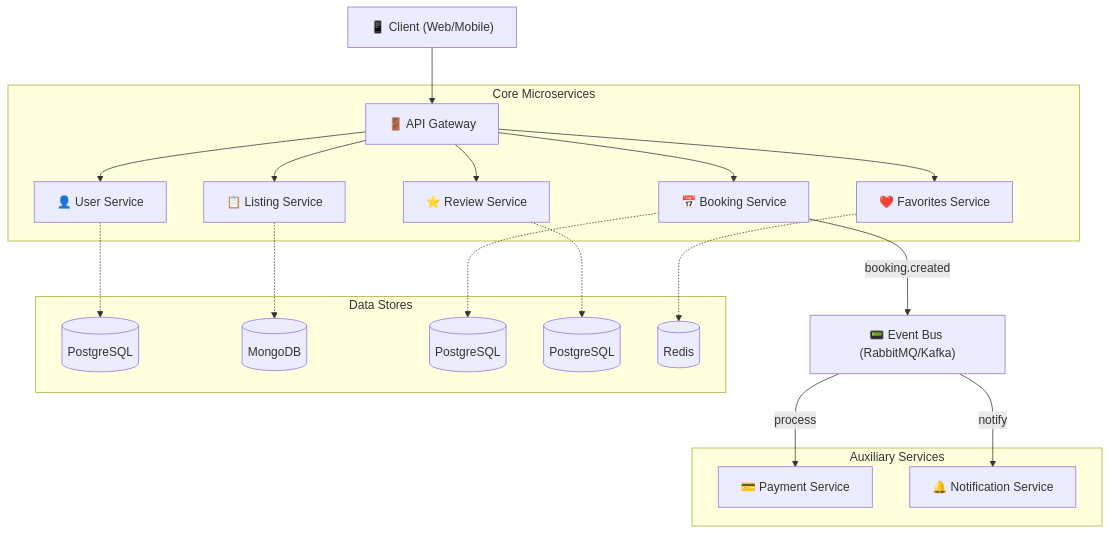
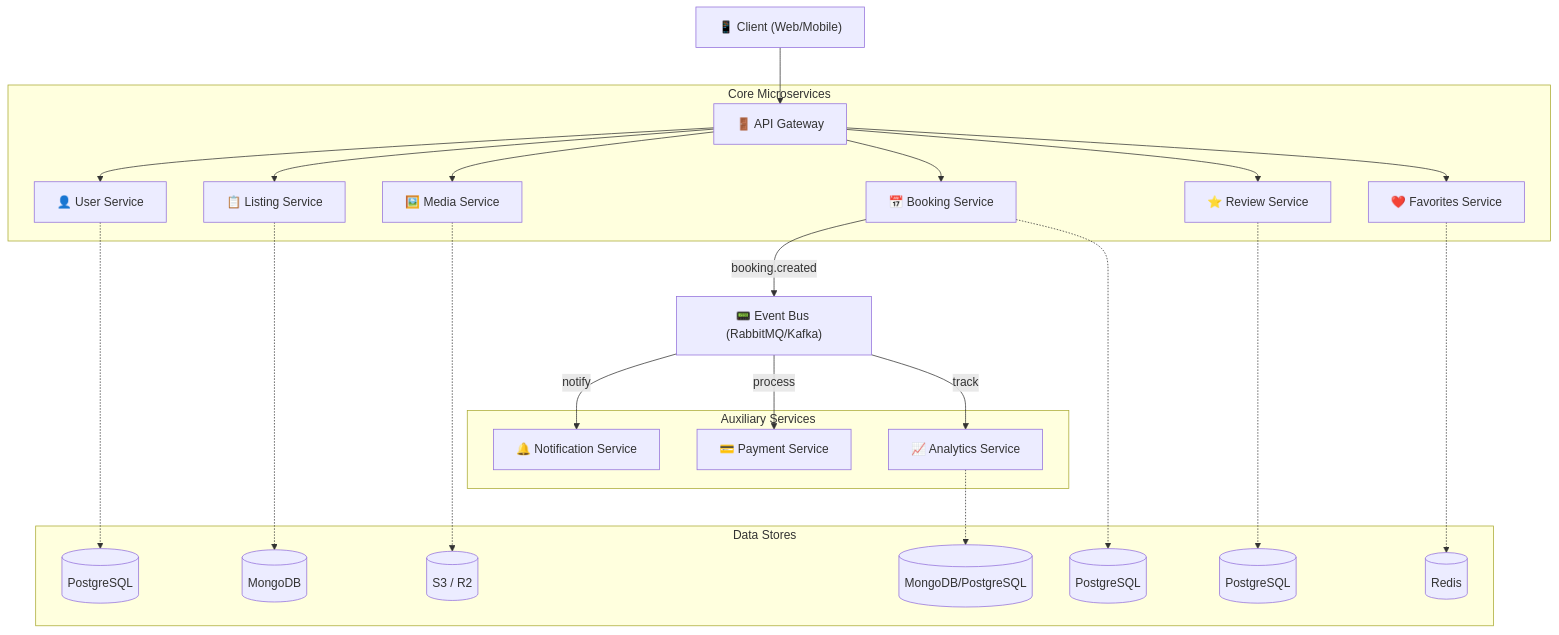
One commit to Juhasen/RaaS changed the diagram in README.md. Above: the diagram before and after it, drawn with Mermaid. The commit also changed other lines of this file, not shown here.

````diff
--- a/README.md
+++ b/README.md
@@ -16,35 +17,42 @@
 ```mermaid
 graph TD
     Client["📱 Client (Web/Mobile)"] --> Gateway["🚪 API Gateway"]
-    
+
     subgraph "Core Microservices"
         Gateway --> US["👤 User Service"]
         Gateway --> LS["📋 Listing Service"]
+        Gateway --> MS["🖼️ Media Service"]
         Gateway --> BS["📅 Booking Service"]
         Gateway --> RS["⭐ Review Service"]
         Gateway --> FS["❤️ Favorites Service"]
     end
-    
+
     subgraph "Auxiliary Services"
         PS["💳 Payment Service"]
         NS["🔔 Notification Service"]
+        AS["📈 Analytics Service"]
     end
 
     BS -- "booking.created" --> EB["📟 Event Bus (RabbitMQ/Kafka)"]
     EB -- "notify" --> NS
     EB -- "process" --> PS
+    EB -- "track" --> AS
 
     subgraph "Data Stores"
         US_DB[(PostgreSQL)]
         LS_DB[(MongoDB)]
+        MS_DB[(S3 / R2)]
         BS_DB[(PostgreSQL)]
         RS_DB[(PostgreSQL)]
         FS_DB[(Redis)]
+        AS_DB[(MongoDB/PostgreSQL)]
     end
 
     US -.-> US_DB
     LS -.-> LS_DB
+    MS -.-> MS_DB
     BS -.-> BS_DB
     RS -.-> RS_DB
     FS -.-> FS_DB
+    AS -.-> AS_DB
 ```
````
